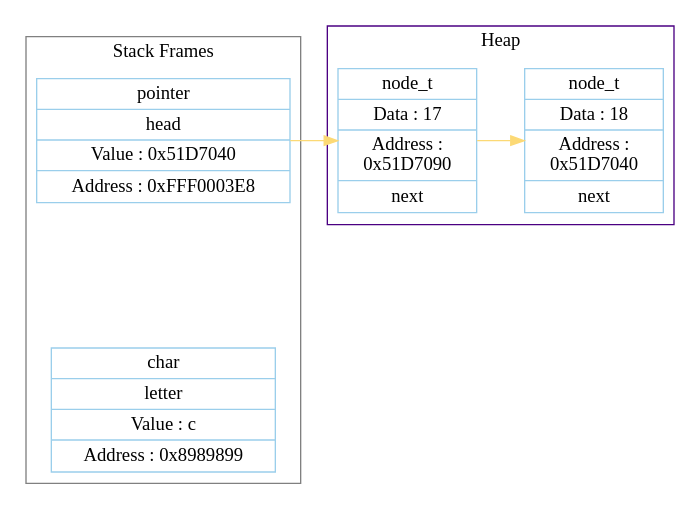
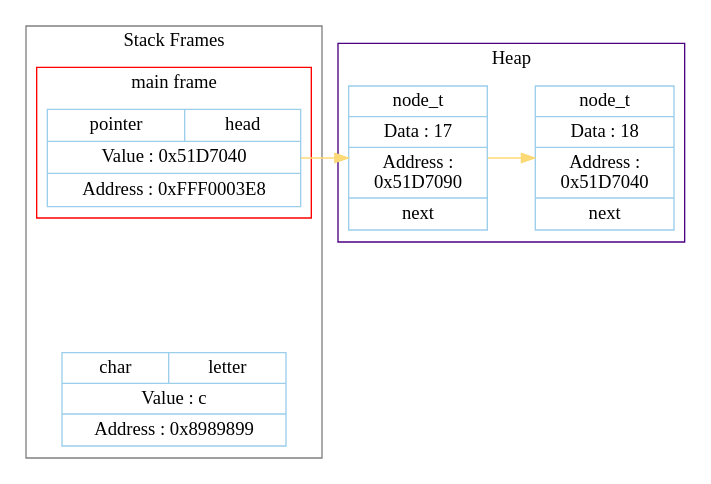
One commit to zorga/opt-cpp-backend changed the diagram in source.dot. Above: the diagram before and after it, drawn with Graphviz. The commit also changed 1 other file, not shown here.

Commit message:
Graph example good

```diff
--- a/source.dot
+++ b/source.dot
@@ -1,59 +1,68 @@
 digraph {
-	graph [bb="0,0,422,356",
+	graph [bb="0,0,430,338",
 		nodesep=1.5,
 		rankdir=LR
 	];
 	node [color="#9ACEEB",
 		label="\N"
 	];
 	edge [arrowsize=1,
 		color="#FCD975"
 	];
+	subgraph clusterFrames {
+		graph [bb="8,8,190,330",
+			color=grey,
+			label="Stack Frames",
+			lheight=0.21,
+			lp="99,318.5",
+			lwidth=1.04,
+			rankdir=TB,
+			syle=filled
+		];
+		subgraph clusterMain {
+			graph [bb="16,186,182,299",
+				color=red,
+				label="main frame",
+				lheight=0.21,
+				lp="99,287.5",
+				lwidth=0.89
+			];
+			head			 [height=1.0139,
+				label=" {pointer | head} | Value : 0x51D7040 | Address : 0xFFF0003E8 ",
+				pos="99,231",
+				rects="24,243,105,267 105,243,174,267 24,219,174,243 24,195,174,219",
+				shape=record,
+				width=2.0833];
+		}
+		letter		 [height=0.97222,
+			label="{char | letter} | Value : c | Address : 0x8989899 ",
+			pos="99,51",
+			rects="32.5,62.5,96.5,85.5 96.5,62.5,165.5,85.5 32.5,39.5,165.5,62.5 32.5,16.5,165.5,39.5",
+			shape=record,
+			width=1.8472];
+	}
 	subgraph clusterHeap {
-		graph [bb="194,201,414,348",
+		graph [bb="202,169,422,316",
 			color=indigo,
 			label=Heap,
 			lheight=0.21,
-			lp="304,336.5",
+			lp="312,304.5",
 			lwidth=0.40,
 			rankdir=LR
 		];
 		"0x51D7090"		 [height=1.5,
 			label="node_t | Data : 17 | Address :\n 0x51D7090 | next",
-			pos="244,263",
-			rects="202,293.5,286,316.5 202,270.5,286,293.5 202,232.5,286,270.5 202,209.5,286,232.5",
+			pos="252,231",
+			rects="210,261.5,294,284.5 210,238.5,294,261.5 210,200.5,294,238.5 210,177.5,294,200.5",
 			shape=record,
 			width=1.1667];
 		"0x51D7040"		 [height=1.5,
 			label="node_t | Data : 18 | Address :\n 0x51D7040 | next",
-			pos="364,263",
-			rects="322,293.5,406,316.5 322,270.5,406,293.5 322,232.5,406,270.5 322,209.5,406,232.5",
+			pos="372,231",
+			rects="330,261.5,414,284.5 330,238.5,414,261.5 330,200.5,414,238.5 330,177.5,414,200.5",
 			shape=record,
 			width=1.1667];
-		"0x51D7090" -> "0x51D7040"		 [pos="e,321.95,263 286.27,263 294.49,263 303.22,263 311.73,263"];
+		"0x51D7090" -> "0x51D7040"		 [pos="e,329.95,231 294.27,231 302.49,231 311.22,231 319.73,231"];
 	}
-	subgraph clusterFrames {
-		graph [bb="8,8,174,341",
-			color=grey,
-			label="Stack Frames",
-			lheight=0.21,
-			lp="91,329.5",
-			lwidth=1.04,
-			rankdir=TB,
-			syle=filled
-		];
-		head		 [height=1.2917,
-			label=" pointer | head | Value : 0x51D7040 | Address : 0xFFF0003E8 ",
-			pos="91,263",
-			rects="16,286,166,309 16,263,166,286 16,240,166,263 16,217,166,240",
-			shape=record,
-			width=2.0833];
-		letter		 [height=1.2917,
-			label="char | letter | Value : c | Address : 0x8989899 ",
-			pos="91,62",
-			rects="24.5,85,157.5,108 24.5,62,157.5,85 24.5,39,157.5,62 24.5,16,157.5,39",
-			shape=record,
-			width=1.8472];
-	}
-	head -> "0x51D7090"	 [pos="e,201.72,263 166.17,263 174.77,263 183.4,263 191.6,263"];
+	head -> "0x51D7090"	 [pos="e,209.72,231 174.17,231 182.77,231 191.4,231 199.6,231"];
 }
```
